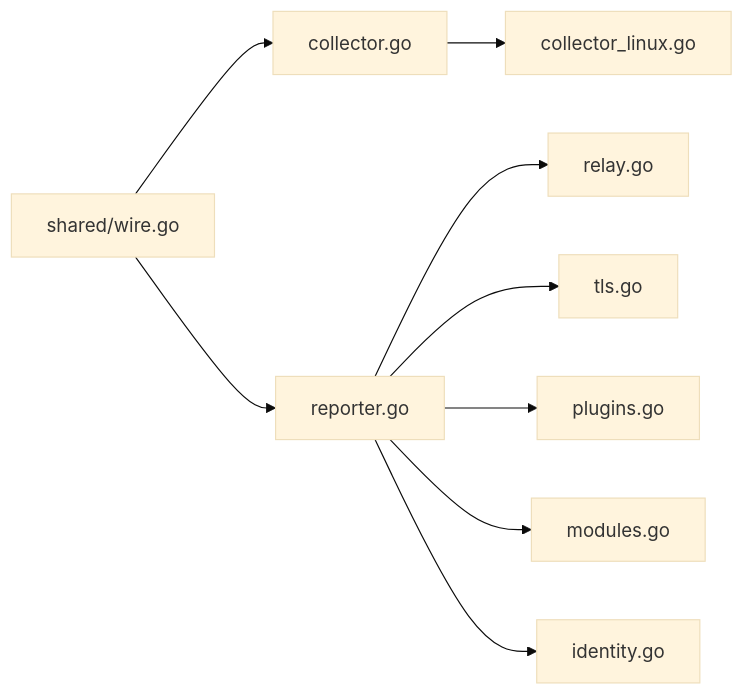
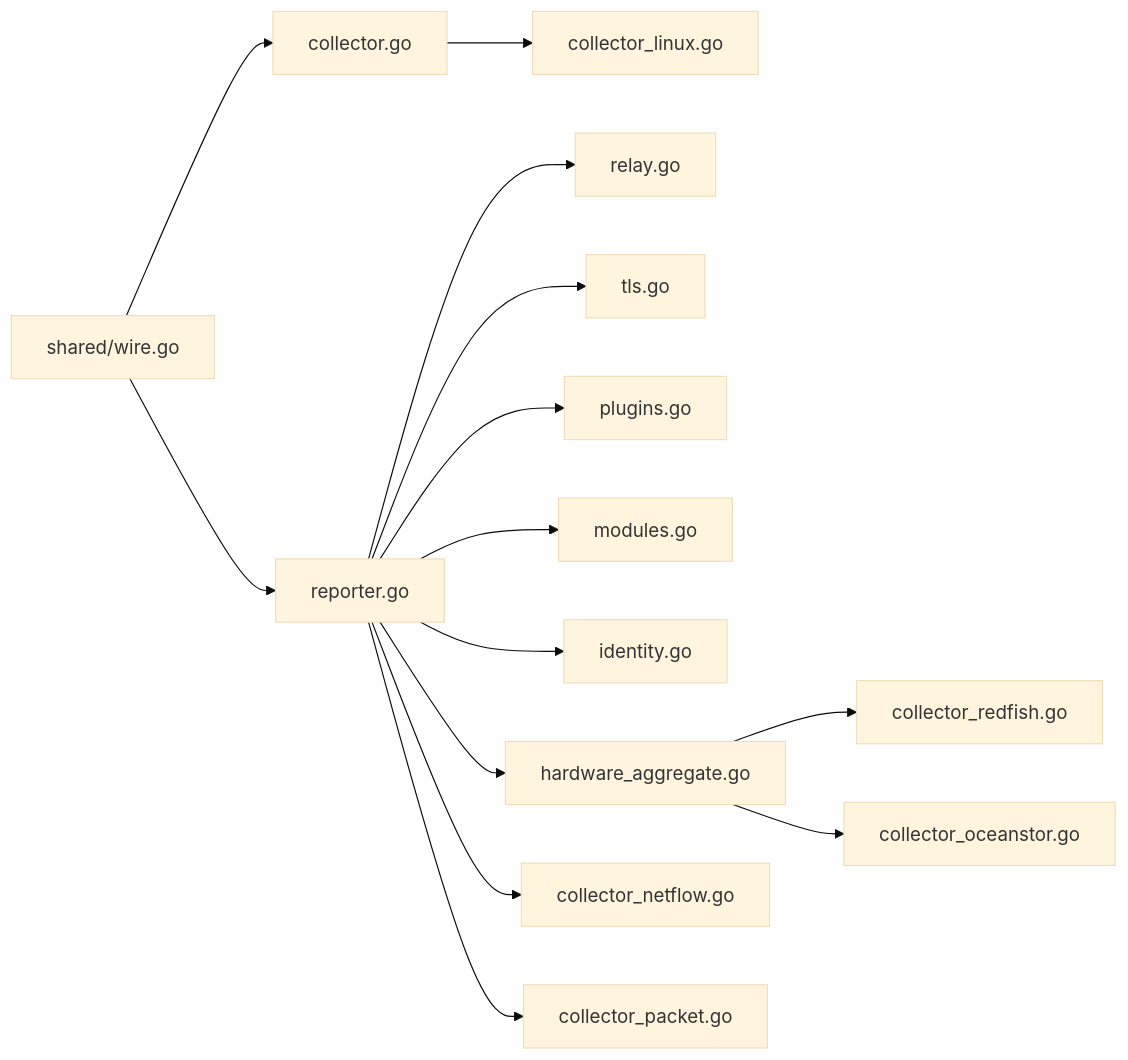
Before and after one commit to sreyun/aiops-monitor: the sixth of 6 diagrams in .qoder/repowiki/zh/content/架构设计/Agent 客户端架构/Agent 核心架构.md, drawn with Mermaid (base theme). The commit also changed other lines of this file and 41 other files, not shown here.

````diff
--- a/.qoder/repowiki/zh/content/架构设计/Agent 客户端架构/Agent 核心架构.md
+++ b/.qoder/repowiki/zh/content/架构设计/Agent 客户端架构/Agent 核心架构.md
@@ -320,11 +441,16 @@
 ```mermaid
 graph LR
 SH["shared/wire.go"] --> COL["collector.go"]
 COL --> CLX["collector_linux.go"]
 SH --> REP["reporter.go"]
 REP --> REL["relay.go"]
 REP --> TLS["tls.go"]
 REP --> PLG["plugins.go"]
 REP --> MOD["modules.go"]
 REP --> ID["identity.go"]
+REP --> HA["hardware_aggregate.go"]
+HA --> CRF["collector_redfish.go"]
+HA --> COS["collector_oceanstor.go"]
+REP --> CNF["collector_netflow.go"]
+REP --> CPK["collector_packet.go"]
 ```
````
